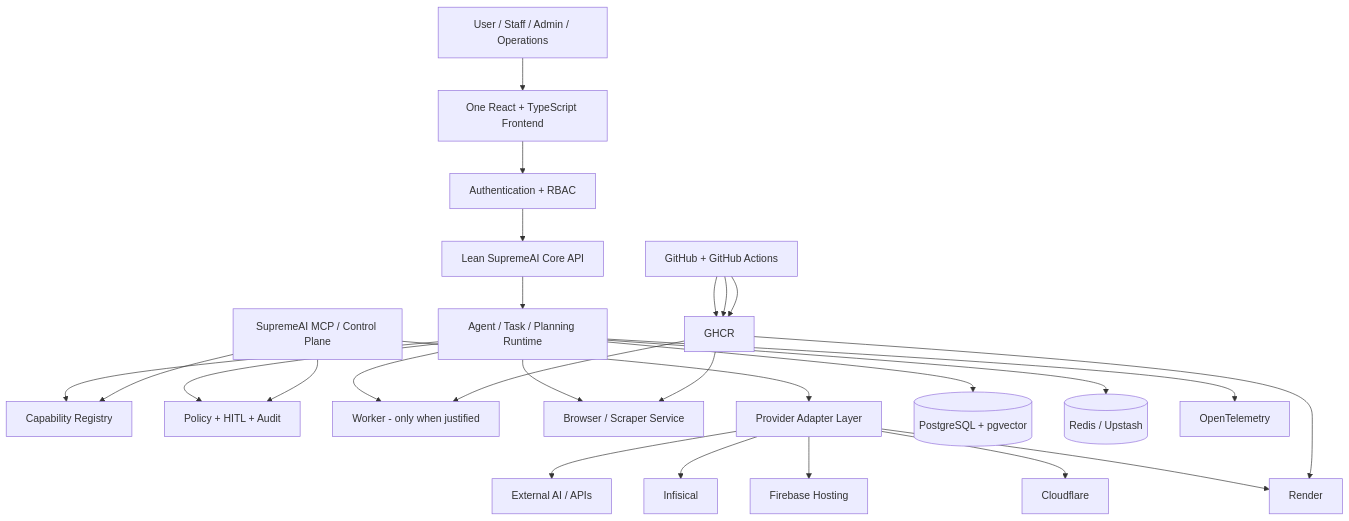
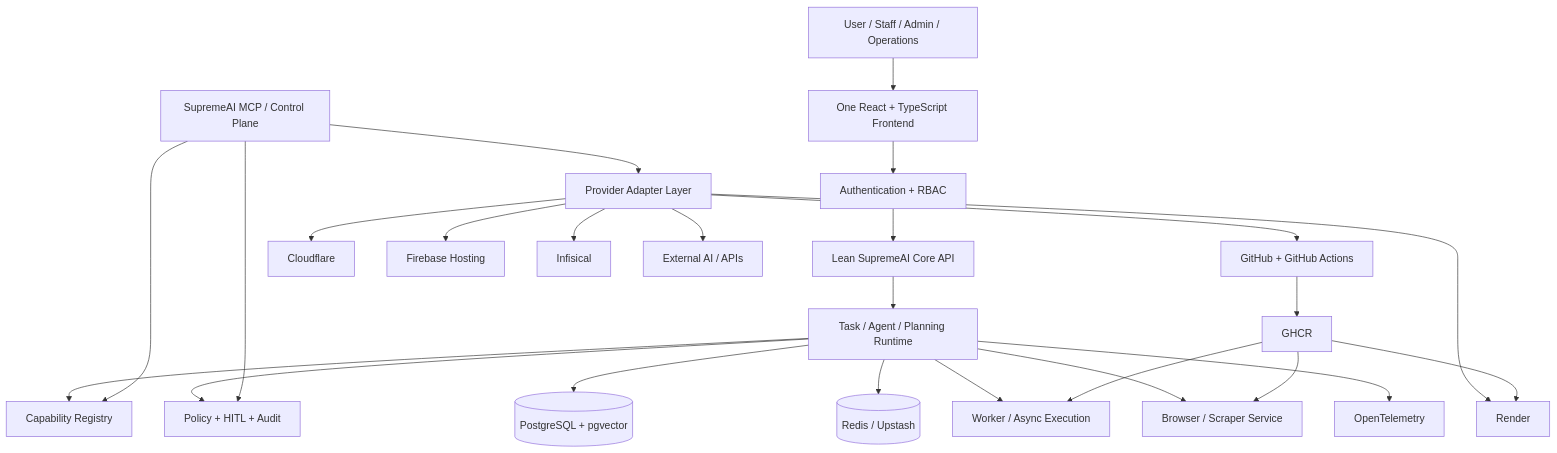
The first of 8 diagrams in README.md (SaifulHaqueNiloy/supremeai), drawn with Mermaid before and after one commit. The commit also changed other lines of this file, not shown here.

Commit message:
docs: add SupremeAI constitution and complete service architecture guide

````diff
--- a/README.md
+++ b/README.md
@@ -61,44 +230,46 @@
 ```mermaid
 flowchart TB
-    U[User / Staff / Admin / Operations]
-    UI[One React + TypeScript Frontend]
-    AUTH[Authentication + RBAC]
-    API[Lean SupremeAI Core API]
-    BRAIN[Agent / Task / Planning Runtime]
-    CAP[Capability Registry]
-    POL[Policy + HITL + Audit]
-    W[Worker - only when justified]
-    S[Browser / Scraper Service]
-    MCP[SupremeAI MCP / Control Plane]
-    PA[Provider Adapter Layer]
-    DB[(PostgreSQL + pgvector)]
-    R[(Redis / Upstash)]
-    OT[OpenTelemetry]
-    GH[GitHub + GitHub Actions]
-    REG[GHCR]
-    REN[Render]
-    CF[Cloudflare]
-    FB[Firebase Hosting]
-    INF[Infisical]
-    EXT[External AI / APIs]
+    USER["User / Staff / Admin / Operations"]
+    UI["One React + TypeScript Frontend"]
+    AUTH["Authentication + RBAC"]
+    API["Lean SupremeAI Core API"]
+    BRAIN["Task / Agent / Planning Runtime"]
+    CAP["Capability Registry"]
+    POL["Policy + HITL + Audit"]
+    WORKER["Worker / Async Execution"]
+    SCRAPER["Browser / Scraper Service"]
+    MCP["SupremeAI MCP / Control Plane"]
+    PA["Provider Adapter Layer"]
+    DB[("PostgreSQL + pgvector")]
+    REDIS[("Redis / Upstash")]
+    OTEL["OpenTelemetry"]
+    GH["GitHub + GitHub Actions"]
+    GHCR["GHCR"]
+    RENDER["Render"]
+    CF["Cloudflare"]
+    FIREBASE["Firebase Hosting"]
+    INFISICAL["Infisical"]
+    EXT["External AI / APIs"]
 
-    U --> UI --> AUTH --> API --> BRAIN
+    USER --> UI --> AUTH --> API --> BRAIN
     BRAIN --> CAP
     BRAIN --> POL
     BRAIN --> DB
-    BRAIN --> R
-    BRAIN --> W
-    BRAIN --> S
-    BRAIN --> OT
+    BRAIN --> REDIS
+    BRAIN --> WORKER
+    BRAIN --> SCRAPER
+    BRAIN --> OTEL
     MCP --> POL
     MCP --> CAP
     MCP --> PA
-    PA --> REN
+    PA --> RENDER
+    PA --> GH
     PA --> CF
-    PA --> FB
-    PA --> INF
+    PA --> FIREBASE
+    PA --> INFISICAL
     PA --> EXT
-    GH --> REG --> REN
-    GH --> REG --> W
-    GH --> REG --> S
+    GH --> GHCR
+    GHCR --> RENDER
+    GHCR --> WORKER
+    GHCR --> SCRAPER
 ```
````
